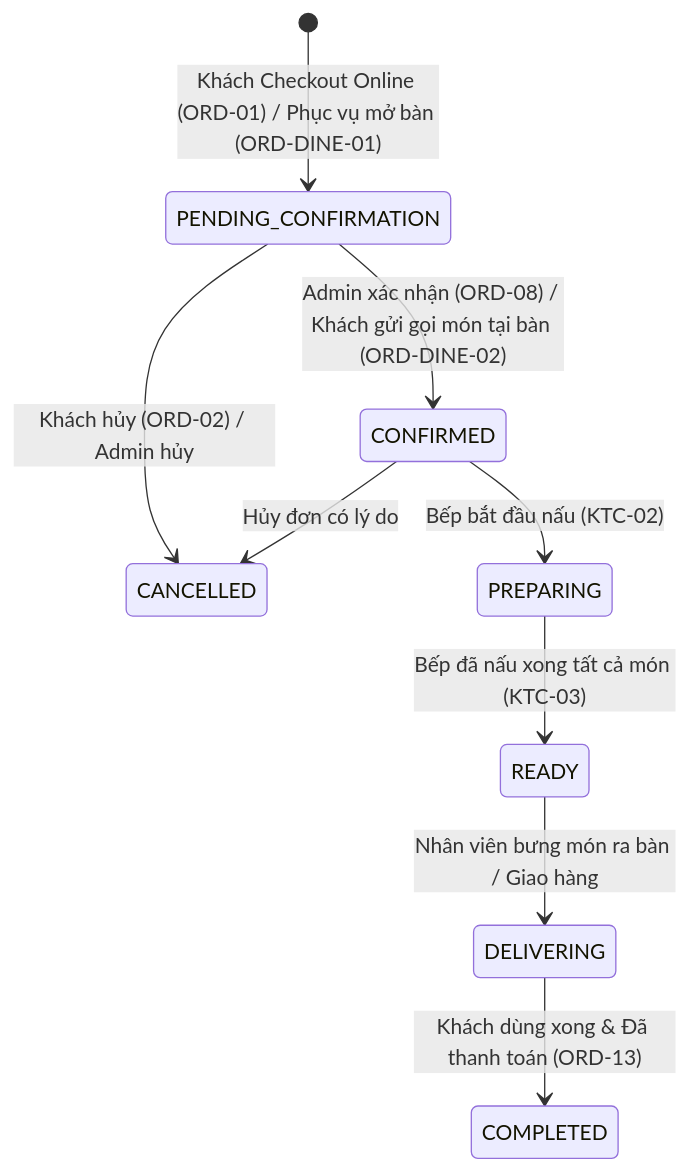
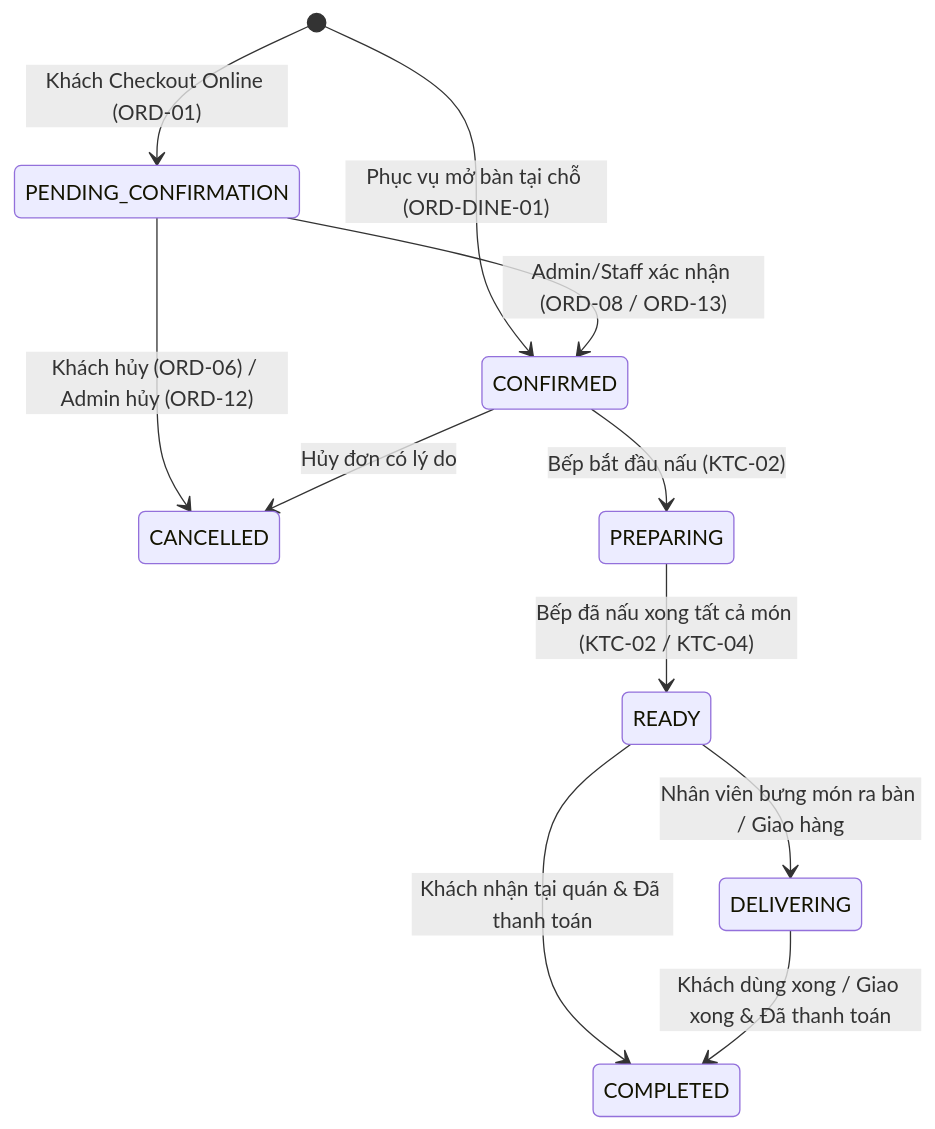
Before and after one commit to khoapoke/restaurant-fe: the first of 2 diagrams in docs/modules/order.md, drawn with Mermaid. The commit also changed other lines of this file and 32 other files, not shown here.

````diff
--- a/docs/modules/order.md
+++ b/docs/modules/order.md
@@ -38,11 +38,13 @@
 ```mermaid
 stateDiagram-v2
-    [*] --> PENDING_CONFIRMATION: Khách Checkout Online (ORD-01) / Phục vụ mở bàn (ORD-DINE-01)
-    PENDING_CONFIRMATION --> CONFIRMED: Admin xác nhận (ORD-08) / Khách gửi gọi món tại bàn (ORD-DINE-02)
-    PENDING_CONFIRMATION --> CANCELLED: Khách hủy (ORD-02) / Admin hủy
+    [*] --> PENDING_CONFIRMATION: Khách Checkout Online (ORD-01)
+    [*] --> CONFIRMED: Phục vụ mở bàn tại chỗ (ORD-DINE-01)
+    PENDING_CONFIRMATION --> CONFIRMED: Admin/Staff xác nhận (ORD-08 / ORD-13)
+    PENDING_CONFIRMATION --> CANCELLED: Khách hủy (ORD-06) / Admin hủy (ORD-12)
     CONFIRMED --> PREPARING: Bếp bắt đầu nấu (KTC-02)
     CONFIRMED --> CANCELLED: Hủy đơn có lý do
-    PREPARING --> READY: Bếp đã nấu xong tất cả món (KTC-03)
+    PREPARING --> READY: Bếp đã nấu xong tất cả món (KTC-02 / KTC-04)
     READY --> DELIVERING: Nhân viên bưng món ra bàn / Giao hàng
-    DELIVERING --> COMPLETED: Khách dùng xong & Đã thanh toán (ORD-13)
+    READY --> COMPLETED: Khách nhận tại quán & Đã thanh toán
+    DELIVERING --> COMPLETED: Khách dùng xong / Giao xong & Đã thanh toán
 ```
````
